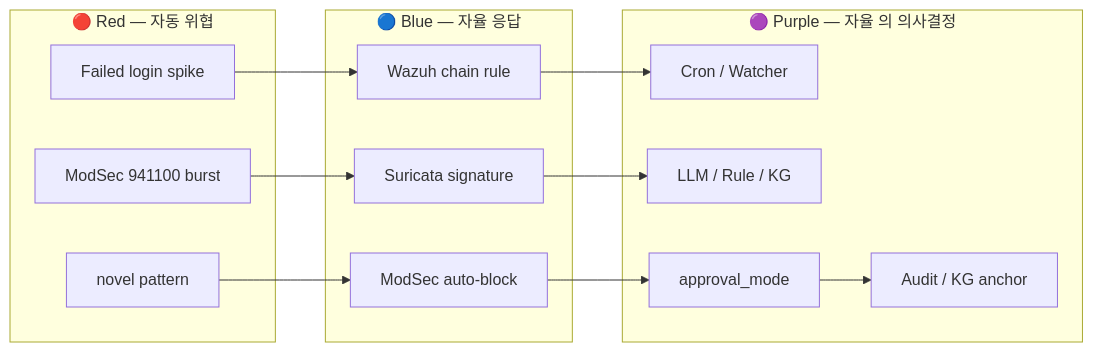
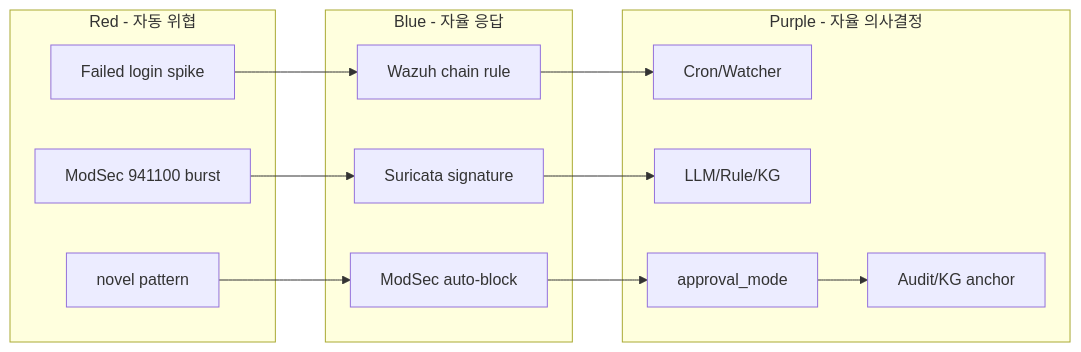
Before and after one commit to mrgrit/ccc: the second of 2 diagrams in contents/standalone/lecture/aisec/week11.md, drawn with Mermaid. The commit also changed other lines of this file and 1 other file, not shown here.

First line of the commit message:
feat(standalone/aisec): W11 교과서 + 실 hands-on — cron + Q-learning + watchdog

````diff
--- a/contents/standalone/lecture/aisec/week11.md
+++ b/contents/standalone/lecture/aisec/week11.md
@@ -337,26 +395,26 @@
 ```mermaid
 flowchart LR
-    subgraph Red [🔴 Red — 자동 위협]
+    subgraph Red [Red - 자동 위협]
         R1[Failed login spike]
         R2[ModSec 941100 burst]
         R3[novel pattern]
     end
 
-    subgraph Blue [🔵 Blue — 자율 응답]
+    subgraph Blue [Blue - 자율 응답]
         B1[Wazuh chain rule]
         B2[Suricata signature]
         B3[ModSec auto-block]
     end
 
-    subgraph Purple [🟣 Purple — 자율 의 의사결정]
-        P1[Cron / Watcher]
-        P2[LLM / Rule / KG]
+    subgraph Purple [Purple - 자율 의사결정]
+        P1[Cron/Watcher]
+        P2[LLM/Rule/KG]
         P3[approval_mode]
-        P4[Audit / KG anchor]
+        P4[Audit/KG anchor]
     end
 
     R1 --> B1 --> P1
     R2 --> B2 --> P2
     R3 --> B3 --> P3
     P3 --> P4
 ```
````
